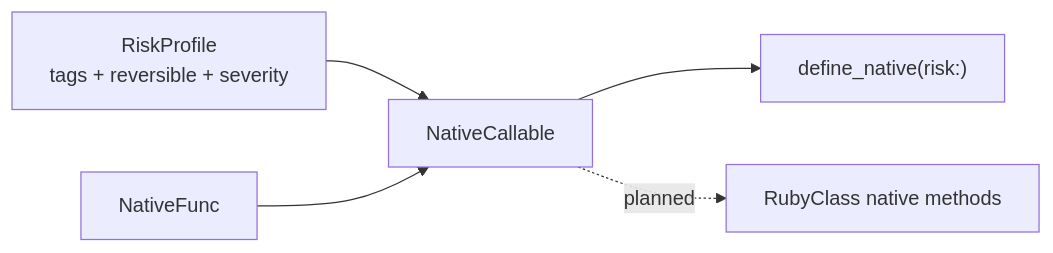
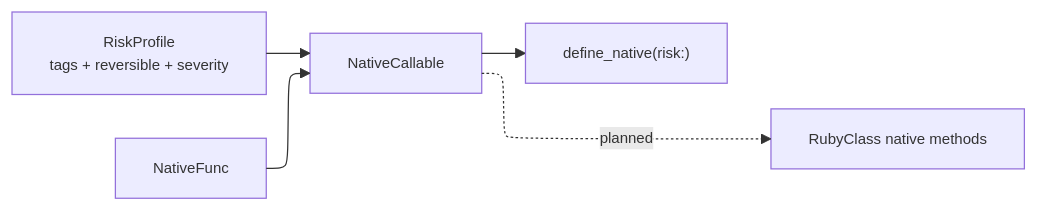
Before and after one commit to ModelArmy/adjutant.cr: the eighth of 9 diagrams in DEVELOPMENT.md, drawn with Mermaid. The commit also changed other lines of this file and 4 other files, not shown here.

````diff
--- a/DEVELOPMENT.md
+++ b/DEVELOPMENT.md
@@ -353,8 +353,15 @@
 ```mermaid
+---
+displayMode: compact
+config:
+  layout: elk
+  themeVariables:
+    fontSize: 12px
+---
 flowchart LR
     RP[RiskProfile
 tags + reversible + severity] --> NC[NativeCallable]
     NF[NativeFunc] --> NC
     NC --> DN["define_native(risk:)"]
     NC -.planned.-> RC[RubyClass native methods]
 ```
````
